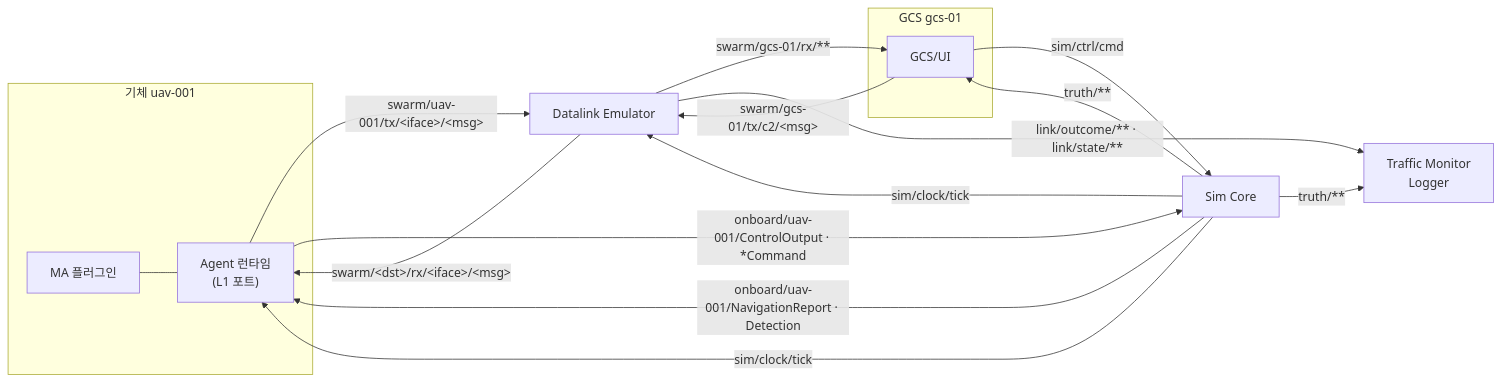
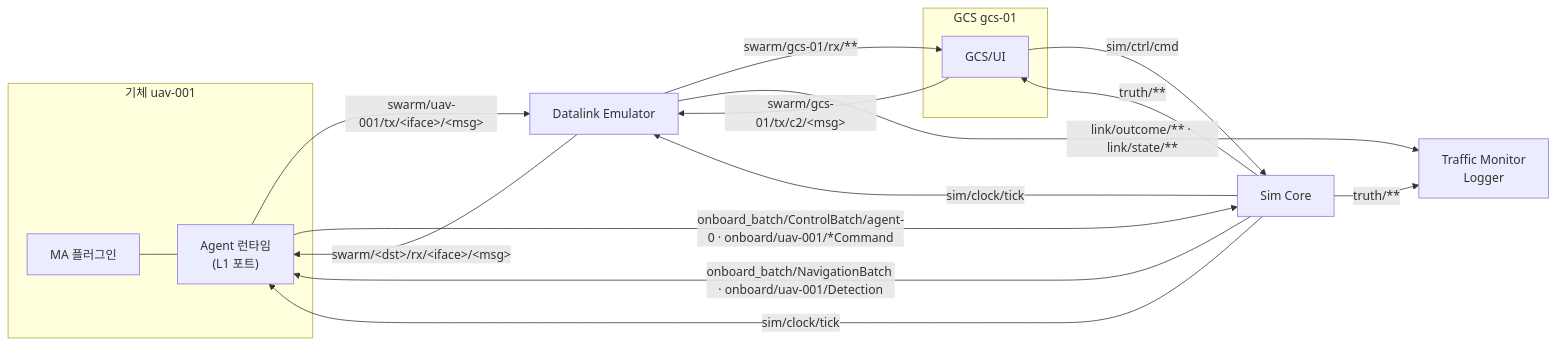
One commit to Kimbyung-wook/SwarmFlSim changed the first of 3 diagrams in docs/10_contracts.md. Above: the diagram before and after it, drawn with Mermaid. The commit also changed other lines of this file and 9 other files, not shown here.

````diff
--- a/docs/10_contracts.md
+++ b/docs/10_contracts.md
@@ -47,26 +48,26 @@
 ```mermaid
 flowchart LR
     subgraph A["기체 uav-001"]
         MA1["MA 플러그인"] --- RT1["Agent 런타임<br/>(L1 포트)"]
     end
     subgraph G["GCS gcs-01"]
         UI["GCS/UI"]
     end
     CORE["Sim Core"]
     DL["Datalink Emulator"]
     MON["Traffic Monitor<br/>Logger"]
 
     RT1 -- "swarm/uav-001/tx/&lt;iface&gt;/&lt;msg&gt;" --> DL
     UI -- "swarm/gcs-01/tx/c2/&lt;msg&gt;" --> DL
     DL -- "swarm/&lt;dst&gt;/rx/&lt;iface&gt;/&lt;msg&gt;" --> RT1
     DL -- "swarm/gcs-01/rx/**" --> UI
     DL -- "link/outcome/** · link/state/**" --> MON
 
-    CORE -- "onboard/uav-001/NavigationReport · Detection" --> RT1
-    RT1 -- "onboard/uav-001/ControlOutput · *Command" --> CORE
+    CORE -- "onboard_batch/NavigationBatch · onboard/uav-001/Detection" --> RT1
+    RT1 -- "onboard_batch/ControlBatch/agent-0 · onboard/uav-001/*Command" --> CORE
     CORE -- "sim/clock/tick" --> RT1
     CORE -- "sim/clock/tick" --> DL
     UI -- "sim/ctrl/cmd" --> CORE
     CORE -- "truth/**" --> UI
     CORE -- "truth/**" --> MON
 ```
````
